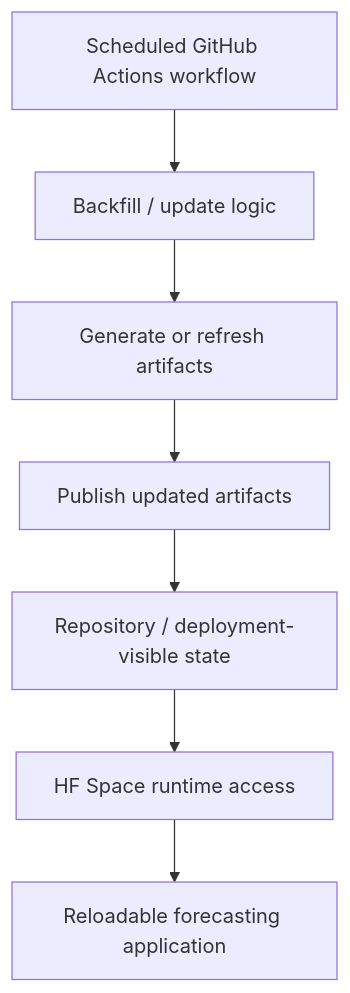
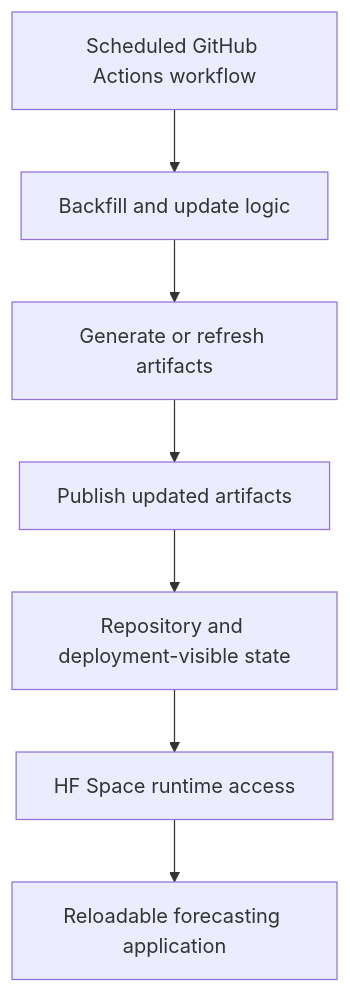
Before and after one commit to aten2001/mekong_fno: the diagram in docs/automation.md, drawn with Mermaid. The commit also changed 9 other files, not shown here.

`````diff
--- a/docs/automation.md
+++ b/docs/automation.md
@@ -123,9 +123,9 @@
 ```mermaid
 flowchart TD
-    A[Scheduled GitHub Actions workflow] --> B[Backfill / update logic]
-    B --> C[Generate or refresh artifacts]
-    C --> D[Publish updated artifacts]
-    D --> E[Repository / deployment-visible state]
-    E --> F[HF Space runtime access]
-    F --> G[Reloadable forecasting application]
-````
+    SCHEDULE["Scheduled GitHub Actions workflow"] --> UPDATE["Backfill and update logic"]
+    UPDATE --> GENERATE["Generate or refresh artifacts"]
+    GENERATE --> PUBLISH["Publish updated artifacts"]
+    PUBLISH --> STATE["Repository and deployment-visible state"]
+    STATE --> HF_RUNTIME["HF Space runtime access"]
+    HF_RUNTIME --> APP["Reloadable forecasting application"]
+```
`````
